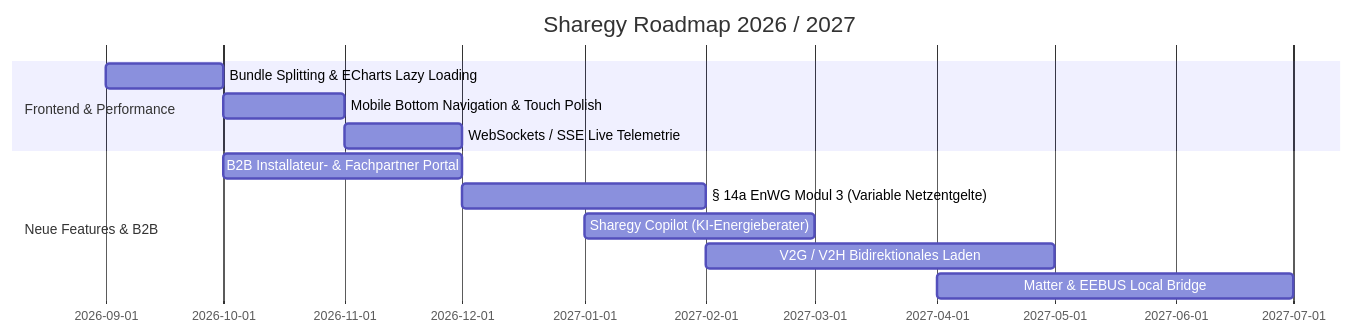
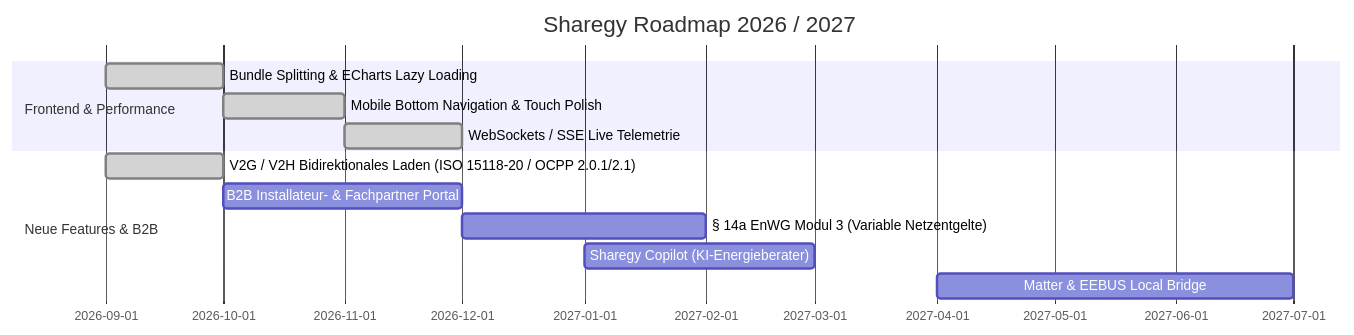
The diagram in docs/SHAREGY_CODEBASE_AUDIT_AND_FEATURE_EXPANSION.md (smartcuc/homeassistant-sharegy), drawn with Mermaid before and after one commit. The commit also changed other lines of this file and 16 other files, not shown here.

Commit message:
feat(ocpp): Implement OCPP 1.6-J, 2.0.1, 2.1 CSMS Gateway and ISO 15118-20 V2G/V2H bidirectional charging

````diff
--- a/docs/SHAREGY_CODEBASE_AUDIT_AND_FEATURE_EXPANSION.md
+++ b/docs/SHAREGY_CODEBASE_AUDIT_AND_FEATURE_EXPANSION.md
@@ -135,15 +139,15 @@
 ```mermaid
 gantt
     title Sharegy Roadmap 2026 / 2027
     dateFormat  YYYY-MM
     section Frontend & Performance
-    Bundle Splitting & ECharts Lazy Loading :2026-09, 2026-10
-    Mobile Bottom Navigation & Touch Polish :2026-10, 2026-11
-    WebSockets / SSE Live Telemetrie       :2026-11, 2026-12
+    Bundle Splitting & ECharts Lazy Loading :done, 2026-09, 2026-10
+    Mobile Bottom Navigation & Touch Polish :done, 2026-10, 2026-11
+    WebSockets / SSE Live Telemetrie       :done, 2026-11, 2026-12
     section Neue Features & B2B
+    V2G / V2H Bidirektionales Laden (ISO 15118-20 / OCPP 2.0.1/2.1) :done, 2026-09, 2026-10
     B2B Installateur- & Fachpartner Portal :2026-10, 2026-12
     § 14a EnWG Modul 3 (Variable Netzentgelte):2026-12, 2027-02
     Sharegy Copilot (KI-Energieberater)     :2027-01, 2027-03
-    V2G / V2H Bidirektionales Laden        :2027-02, 2027-05
     Matter & EEBUS Local Bridge            :2027-04, 2027-07
 ```
````
